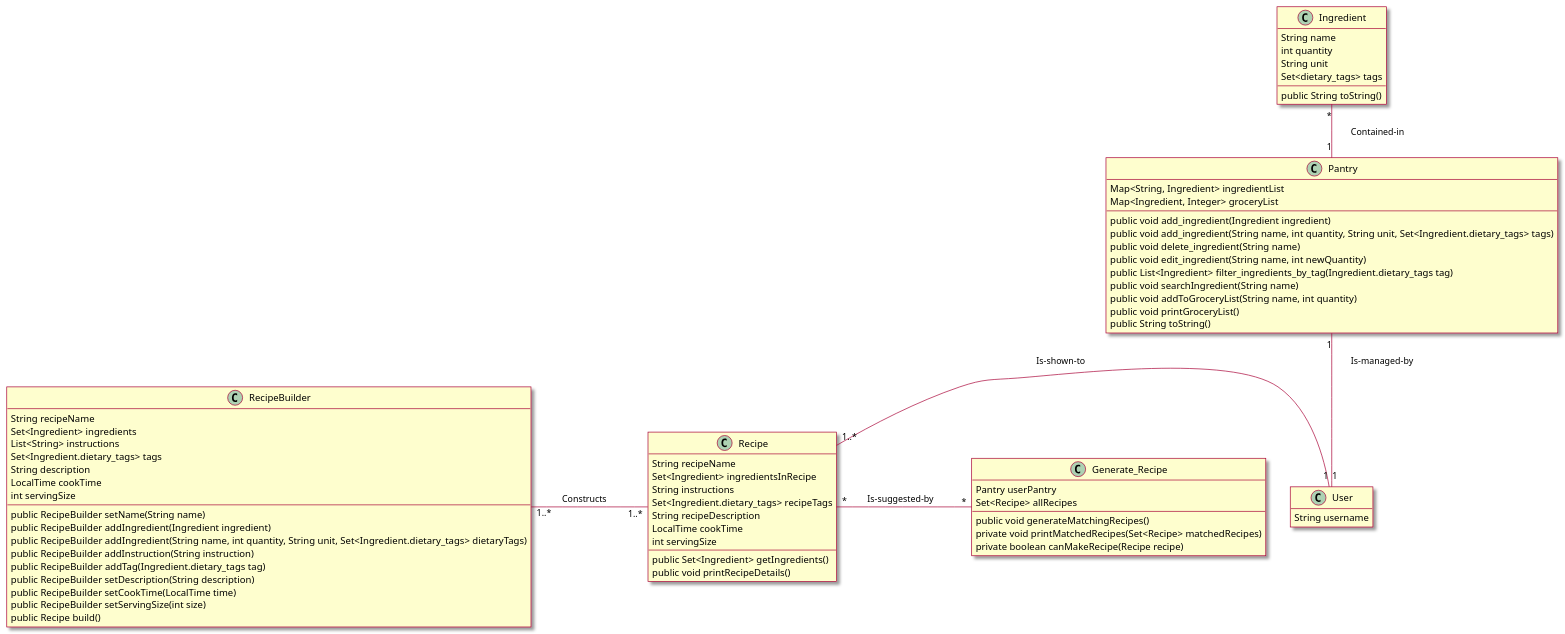
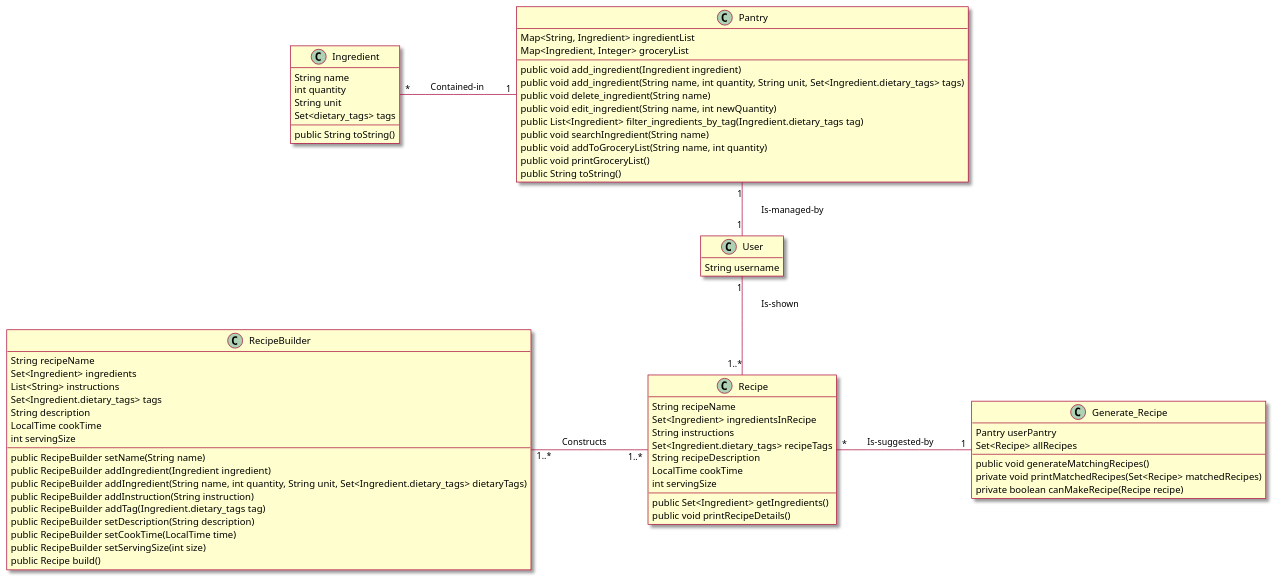
The diagram in intellij/doc/class_diagram.md (berthashipper/Pantry-Pal-Android-Application), drawn with PlantUML before and after one commit.

Commit message:
Changed layout of class diagram

```diff
--- a/intellij/doc/class_diagram.md
+++ b/intellij/doc/class_diagram.md
@@ -79,10 +79,10 @@
 
 ' associations
 User "1" -up- "1" Pantry : \tIs-managed-by\t\t
-Pantry "1" -up- "*" Ingredient : \tContained-in\t\t
-User "1" -left- "1..*" Recipe : \tIs-shown-to\t\t
-Recipe "1..*" -up "1..*" RecipeBuilder : \tConstructs\t\t
-Generate_Recipe "*" -left "*" Recipe : \tIs-suggested-by\t\t
+Pantry "1" -left- "*" Ingredient : \tContained-in\t\t
+User "1" -down- "1..*" Recipe : \tIs-shown\t\t
+RecipeBuilder "1..*" -down "1..*" Recipe : \tConstructs\t\t
+Generate_Recipe "1" -left "*" Recipe : \tIs-suggested-by\t\t
 
 @enduml
 
```
